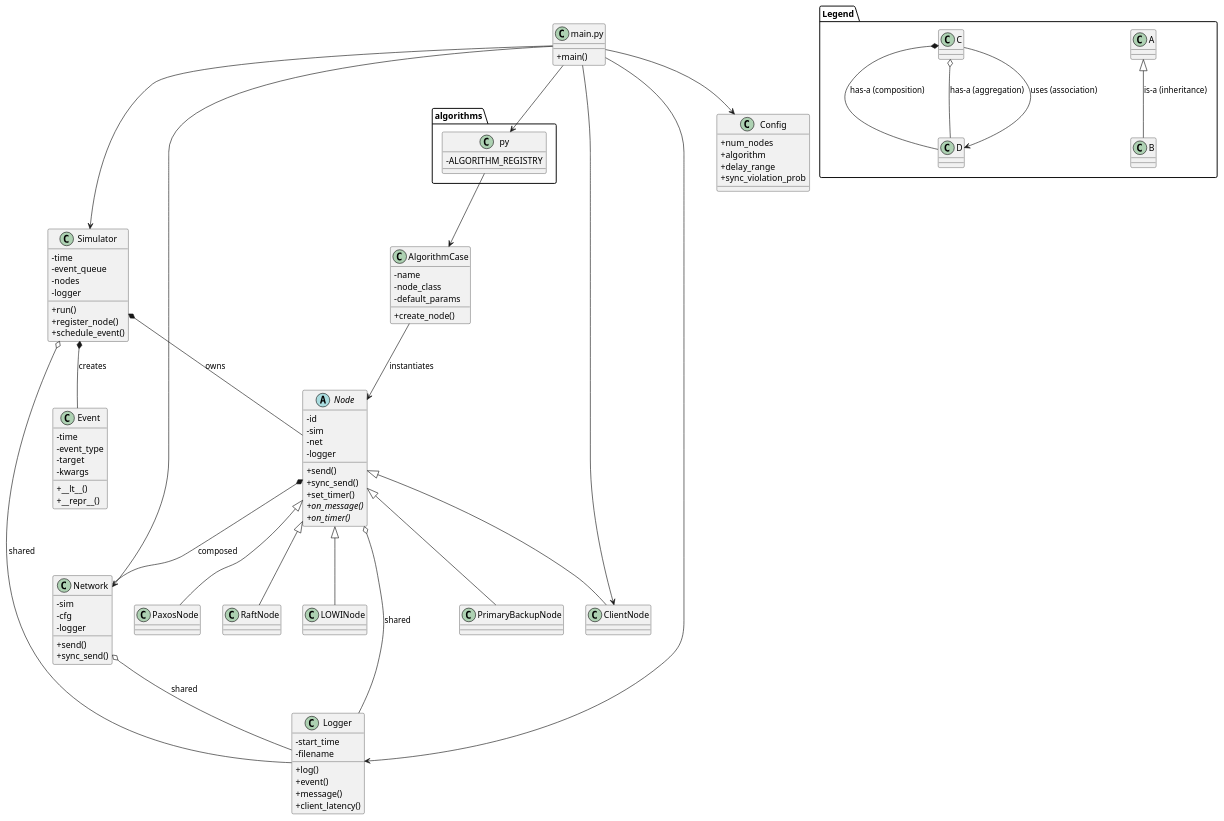
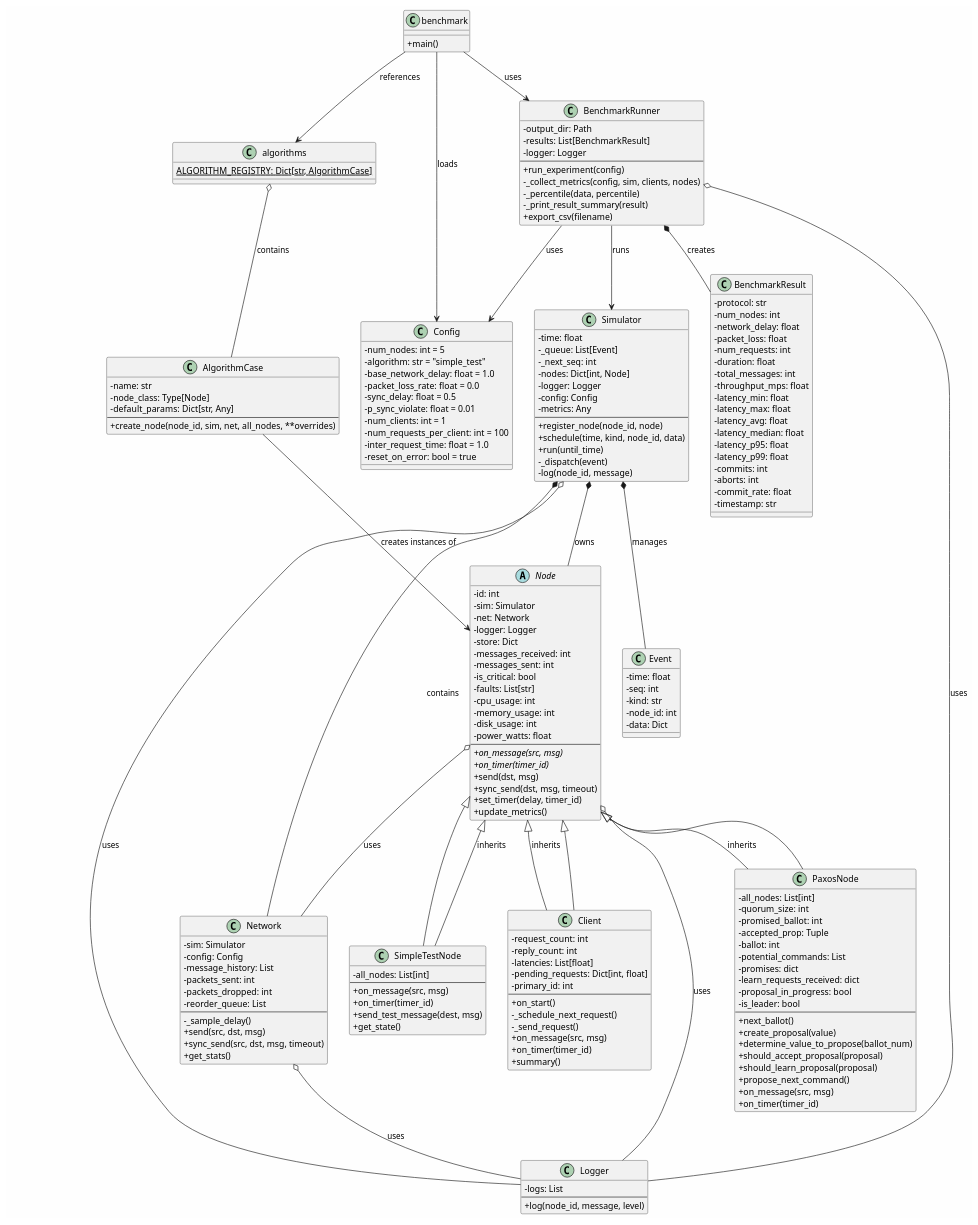
The diagram in UML/architecture.puml (USI-DS-25/DC-Simulator), drawn with PlantUML before and after one commit. The commit also changed 14 other files, not shown here.

```diff
--- a/UML/architecture.puml
+++ b/UML/architecture.puml
@@ -1,119 +1,229 @@
 @startuml DBsim_DC_Simulator_UML_Architecture
 
+skinparam classAttributeIconSize 0
+skinparam backgroundColor #FEFEFE
 
-skinparam classAttributeIconSize 0
+' ============ CORE SIMULATION ENGINE ============
 
-abstract class Node {
-  - id
-  - sim
-  - net
-  - logger
-  + send()
-  + sync_send()
-  + set_timer()
-  + on_message() {abstract}
-  + on_timer() {abstract}
+class Event {
+  - time: float
+  - seq: int
+  - kind: str
+  - node_id: int
+  - data: Dict
 }
 
 class Simulator {
-  - time
-  - event_queue
-  - nodes
-  - logger
-  + run()
-  + register_node()
-  + schedule_event()
+  - time: float
+  - _queue: List[Event]
+  - _next_seq: int
+  - nodes: Dict[int, Node]
+  - logger: Logger
+  - config: Config
+  - metrics: Any
+  --
+  + register_node(node_id, node)
+  + schedule(time, kind, node_id, data)
+  + run(until_time)
+  - _dispatch(event)
+  - log(node_id, message)
 }
 
-class Event {
-  - time
-  - event_type
-  - target
-  - kwargs
-  + __lt__()
-  + __repr__()
+' ============ NETWORK LAYER ============
+
+class Network {
+  - sim: Simulator
+  - config: Config
+  - message_history: List
+  - packets_sent: int
+  - packets_dropped: int
+  - reorder_queue: List
+  --
+  - _sample_delay()
+  + send(src, dst, msg)
+  + sync_send(src, dst, msg, timeout)
+  + get_stats()
 }
 
-class Network {
-  - sim
-  - cfg
-  - logger
-  + send()
-  + sync_send()
+' ============ LOGGING ============
+
+class Logger {
+  - logs: List
+  --
+  + log(node_id, message, level)
 }
 
-class Logger {
-  - start_time
-  - filename
-  + log()
-  + event()
-  + message()
-  + client_latency()
+' ============ NODE HIERARCHY ============
+
+abstract class Node {
+  - id: int
+  - sim: Simulator
+  - net: Network
+  - logger: Logger
+  - store: Dict
+  - messages_received: int
+  - messages_sent: int
+  - is_critical: bool
+  - faults: List[str]
+  - cpu_usage: int
+  - memory_usage: int
+  - disk_usage: int
+  - power_watts: float
+  --
+  + {abstract} on_message(src, msg)
+  + {abstract} on_timer(timer_id)
+  + send(dst, msg)
+  + sync_send(dst, msg, timeout)
+  + set_timer(delay, timer_id)
+  + update_metrics()
 }
 
-class ClientNode
-class PrimaryBackupNode
-class PaxosNode
-class RaftNode
-class LOWINode
+class SimpleTestNode {
+  - all_nodes: List[int]
+  --
+  + on_message(src, msg)
+  + on_timer(timer_id)
+  + send_test_message(dest, msg)
+  + get_state()
+}
 
-Node <|-- ClientNode
-Node <|-- PrimaryBackupNode
+class PaxosNode {
+  - all_nodes: List[int]
+  - quorum_size: int
+  - promised_ballot: int
+  - accepted_prop: Tuple
+  - ballot: int
+  - potential_commands: List
+  - promises: dict
+  - learn_requests_received: dict
+  - proposal_in_progress: bool
+  - is_leader: bool
+  --
+  + next_ballot()
+  + create_proposal(value)
+  + determine_value_to_propose(ballot_num)
+  + should_accept_proposal(proposal)
+  + should_learn_proposal(proposal)
+  + propose_next_command()
+  + on_message(src, msg)
+  + on_timer(timer_id)
+}
+
+class Client {
+  - request_count: int
+  - reply_count: int
+  - latencies: List[float]
+  - pending_requests: Dict[int, float]
+  - primary_id: int
+  --
+  + on_start()
+  - _schedule_next_request()
+  - _send_request()
+  + on_message(src, msg)
+  + on_timer(timer_id)
+  + summary()
+}
+
+Node <|-- SimpleTestNode
 Node <|-- PaxosNode
-Node <|-- RaftNode
-Node <|-- LOWINode
+Node <|-- Client
 
-Simulator *-- Event : creates
-Simulator *-- Node : owns
-Simulator o-- Logger : shared
-
-Node *-- Network : composed
-Node o-- Logger : shared
-
-Network o-- Logger : shared
+' ============ CONFIGURATION ============
 
 class Config {
-  + num_nodes
-  + algorithm
-  + delay_range
-  + sync_violation_prob
+  - num_nodes: int = 5
+  - algorithm: str = "simple_test"
+  - base_network_delay: float = 1.0
+  - packet_loss_rate: float = 0.0
+  - sync_delay: float = 0.5
+  - p_sync_violate: float = 0.01
+  - num_clients: int = 1
+  - num_requests_per_client: int = 100
+  - inter_request_time: float = 1.0
+  - reset_on_error: bool = true
 }
 
+' ============ ALGORITHM MANAGEMENT ============
+
 class AlgorithmCase {
-  - name
-  - node_class
-  - default_params
-  + create_node()
+  - name: str
+  - node_class: Type[Node]
+  - default_params: Dict[str, Any]
+  --
+  + create_node(node_id, sim, net, all_nodes, **overrides)
 }
 
-class algorithms.py {
-  - ALGORITHM_REGISTRY
+class algorithms {
+  {static} ALGORITHM_REGISTRY: Dict[str, AlgorithmCase]
 }
 
-AlgorithmCase --> Node : instantiates
-algorithms.py --> AlgorithmCase
+' ============ BENCHMARKING ============
 
-class "main.py" as Main {
+class BenchmarkResult {
+  - protocol: str
+  - num_nodes: int
+  - network_delay: float
+  - packet_loss: float
+  - num_requests: int
+  - duration: float
+  - total_messages: int
+  - throughput_mps: float
+  - latency_min: float
+  - latency_max: float
+  - latency_avg: float
+  - latency_median: float
+  - latency_p95: float
+  - latency_p99: float
+  - commits: int
+  - aborts: int
+  - commit_rate: float
+  - timestamp: str
+}
+
+class BenchmarkRunner {
+  - output_dir: Path
+  - results: List[BenchmarkResult]
+  - logger: Logger
+  --
+  + run_experiment(config)
+  - _collect_metrics(config, sim, clients, nodes)
+  - _percentile(data, percentile)
+  - _print_result_summary(result)
+  + export_csv(filename)
+}
+
+' ============ RELATIONSHIPS ============
+
+Simulator *-- Event : manages
+Simulator *-- Node : owns
+Simulator o-- Logger : uses
+Simulator *-- Network : contains
+
+Network o-- Logger : uses
+
+Node o-- Network : uses
+Node o-- Logger : uses
+
+Client --|> Node : inherits
+SimpleTestNode --|> Node : inherits
+PaxosNode --|> Node : inherits
+
+AlgorithmCase --> Node : creates instances of
+algorithms o-- AlgorithmCase : contains
+
+BenchmarkRunner *-- BenchmarkResult : creates
+BenchmarkRunner --> Simulator : runs
+BenchmarkRunner --> Config : uses
+BenchmarkRunner o-- Logger : uses
+
+' ============ EXTERNAL INTERACTIONS ============
+
+class benchmark {
   + main()
 }
 
-Main --> Simulator
-Main --> Network
-Main --> Logger
-Main --> algorithms.py
-Main --> Config
-Main --> ClientNode
-
-' Legend
-package "Legend" {
-  class A
-  class B
-  class C
-  class D
-  A <|-- B : is-a (inheritance)
-  C *-- D : has-a (composition)
-  C o-- D : has-a (aggregation)
-  C --> D : uses (association)
-}
+benchmark --> BenchmarkRunner : uses
+benchmark --> Config : loads
+benchmark --> algorithms : references
 
 @enduml
```
